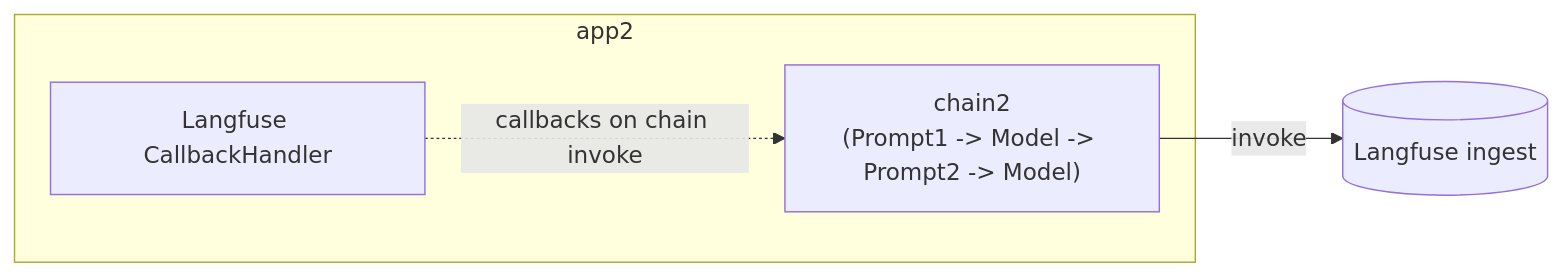
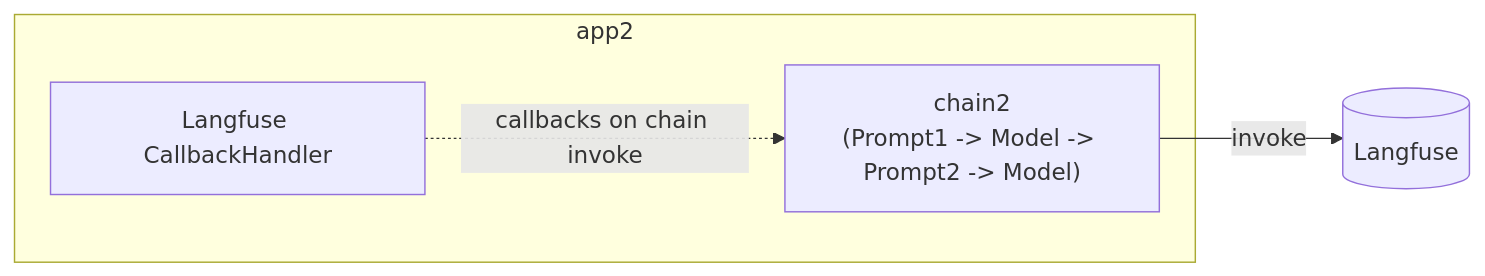
One commit to optimisuke/hello-langfuse-otel changed the third of 5 diagrams in doc.md. Above: the diagram before and after it, drawn with Mermaid. The commit also changed other lines of this file, not shown here.

````diff
--- a/doc.md
+++ b/doc.md
@@ -65,8 +65,8 @@
 ```mermaid
 flowchart LR
   subgraph app2
     H2["Langfuse CallbackHandler"]
     C2["chain2<br/>(Prompt1 -> Model -> Prompt2 -> Model)"]
   end
-  H2 -.callbacks on chain invoke.-> C2 -->|invoke| LF[(Langfuse ingest)]
+  H2 -.callbacks on chain invoke.-> C2 -->|invoke| LF[(Langfuse)]
 ```
````
